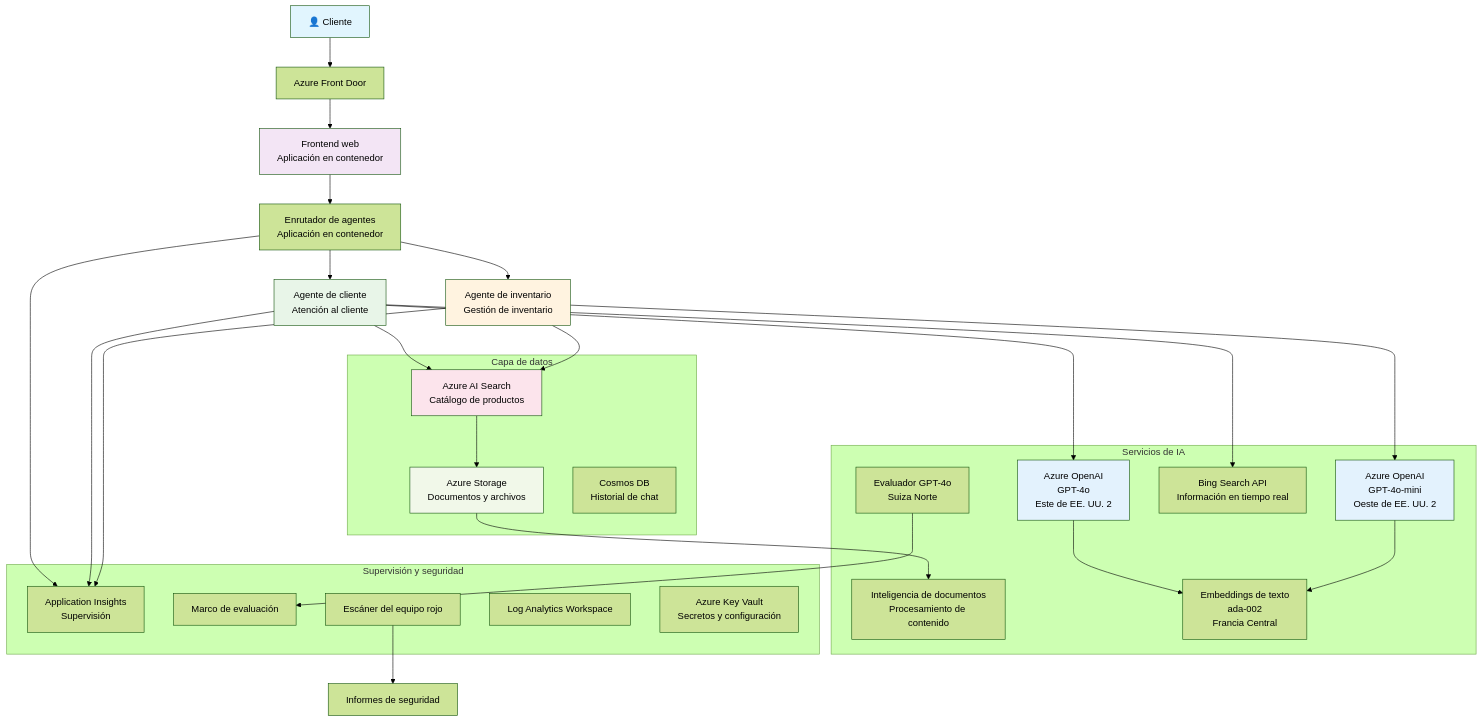
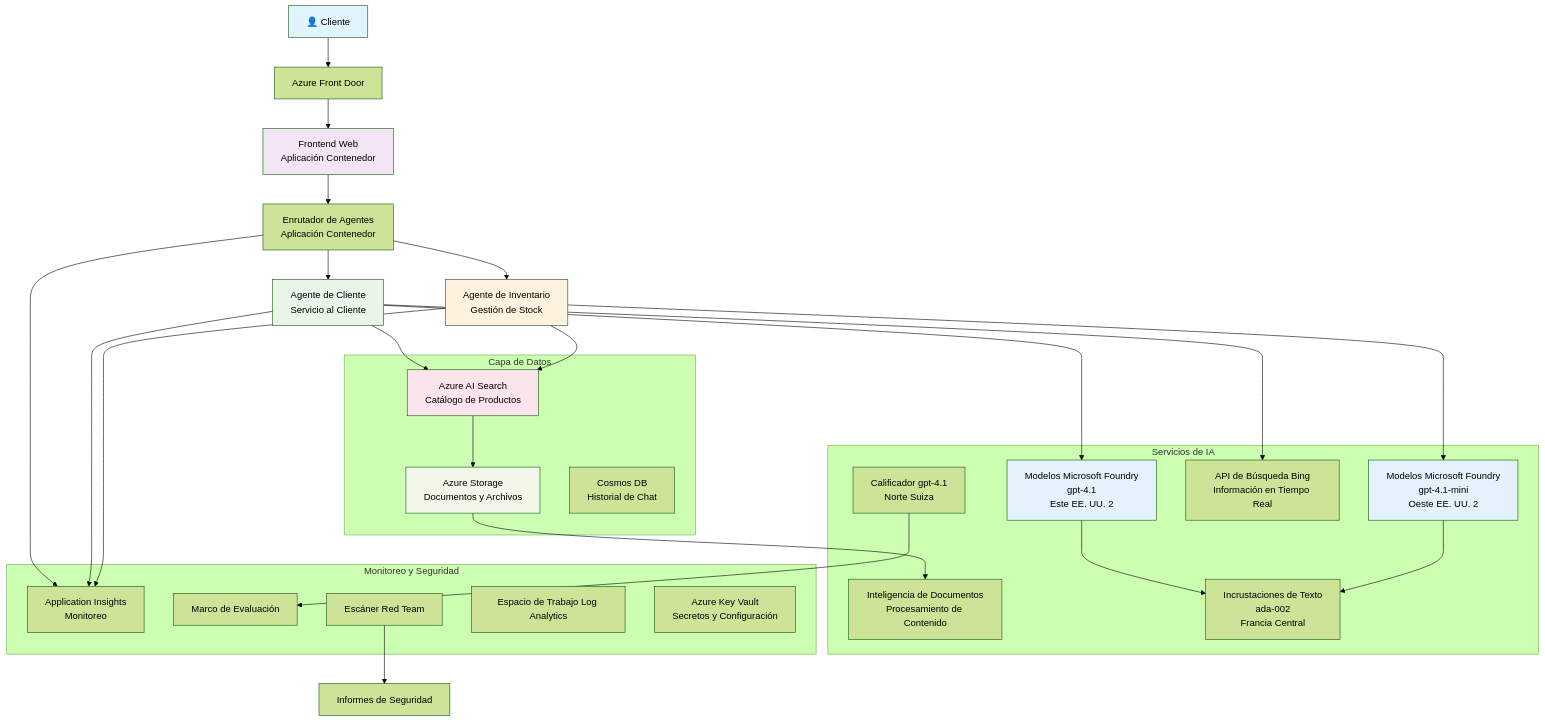
Before and after one commit to microsoft/AZD-for-beginners: the diagram in translations/es/examples/retail-scenario.md, drawn with Mermaid (forest theme). The commit also changed other lines of this file and 101 other files, not shown here.

````diff
--- a/translations/es/examples/retail-scenario.md
+++ b/translations/es/examples/retail-scenario.md
@@ -139,61 +139,61 @@
 ```mermaid
 graph TB
     User[👤 Cliente] --> LB[Azure Front Door]
-    LB --> WebApp[Frontend web<br/>Aplicación en contenedor]
+    LB --> WebApp[Frontend Web<br/>Aplicación Contenedor]
     
-    WebApp --> Router[Enrutador de agentes<br/>Aplicación en contenedor]
-    Router --> CustomerAgent[Agente de cliente<br/>Atención al cliente]
-    Router --> InvAgent[Agente de inventario<br/>Gestión de inventario]
+    WebApp --> Router[Enrutador de Agentes<br/>Aplicación Contenedor]
+    Router --> CustomerAgent[Agente de Cliente<br/>Servicio al Cliente]
+    Router --> InvAgent[Agente de Inventario<br/>Gestión de Stock]
     
-    CustomerAgent --> OpenAI1[Azure OpenAI<br/>GPT-4o<br/>Este de EE. UU. 2]
-    InvAgent --> OpenAI2[Azure OpenAI<br/>GPT-4o-mini<br/>Oeste de EE. UU. 2]
+    CustomerAgent --> OpenAI1[Modelos Microsoft Foundry<br/>gpt-4.1<br/>Este EE. UU. 2]
+    InvAgent --> OpenAI2[Modelos Microsoft Foundry<br/>gpt-4.1-mini<br/>Oeste EE. UU. 2]
     
-    CustomerAgent --> AISearch[Azure AI Search<br/>Catálogo de productos]
-    CustomerAgent --> BingSearch[Bing Search API<br/>Información en tiempo real]
+    CustomerAgent --> AISearch[Azure AI Search<br/>Catálogo de Productos]
+    CustomerAgent --> BingSearch[API de Búsqueda Bing<br/>Información en Tiempo Real]
     InvAgent --> AISearch
     
-    AISearch --> Storage[Azure Storage<br/>Documentos y archivos]
-    Storage --> DocIntel[Inteligencia de documentos<br/>Procesamiento de contenido]
+    AISearch --> Storage[Azure Storage<br/>Documentos y Archivos]
+    Storage --> DocIntel[Inteligencia de Documentos<br/>Procesamiento de Contenido]
     
-    OpenAI1 --> Embeddings[Embeddings de texto<br/>ada-002<br/>Francia Central]
+    OpenAI1 --> Embeddings[Incrustaciones de Texto<br/>ada-002<br/>Francia Central]
     OpenAI2 --> Embeddings
     
-    Router --> AppInsights[Application Insights<br/>Supervisión]
+    Router --> AppInsights[Application Insights<br/>Monitoreo]
     CustomerAgent --> AppInsights
     InvAgent --> AppInsights
     
-    GraderModel[Evaluador GPT-4o<br/>Suiza Norte] --> Evaluation[Marco de evaluación]
-    RedTeam[Escáner del equipo rojo] --> SecurityReports[Informes de seguridad]
+    GraderModel[Calificador gpt-4.1<br/>Norte Suiza] --> Evaluation[Marco de Evaluación]
+    RedTeam[Escáner Red Team] --> SecurityReports[Informes de Seguridad]
     
-    subgraph "Capa de datos"
+    subgraph "Capa de Datos"
         Storage
         AISearch
-        CosmosDB[Cosmos DB<br/>Historial de chat]
+        CosmosDB[Cosmos DB<br/>Historial de Chat]
     end
     
     subgraph "Servicios de IA"
         OpenAI1
         OpenAI2
         Embeddings
         GraderModel
         DocIntel
         BingSearch
     end
     
-    subgraph "Supervisión y seguridad"
+    subgraph "Monitoreo y Seguridad"
         AppInsights
-        LogAnalytics[Log Analytics Workspace]
-        KeyVault[Azure Key Vault<br/>Secretos y configuración]
+        LogAnalytics[Espacio de Trabajo Log Analytics]
+        KeyVault[Azure Key Vault<br/>Secretos y Configuración]
         RedTeam
         Evaluation
     end
     
     style User fill:#e1f5fe
     style WebApp fill:#f3e5f5
     style CustomerAgent fill:#e8f5e8
     style InvAgent fill:#fff3e0
     style OpenAI1 fill:#e3f2fd
     style OpenAI2 fill:#e3f2fd
     style AISearch fill:#fce4ec
     style Storage fill:#f1f8e9
-```
+```  
````
